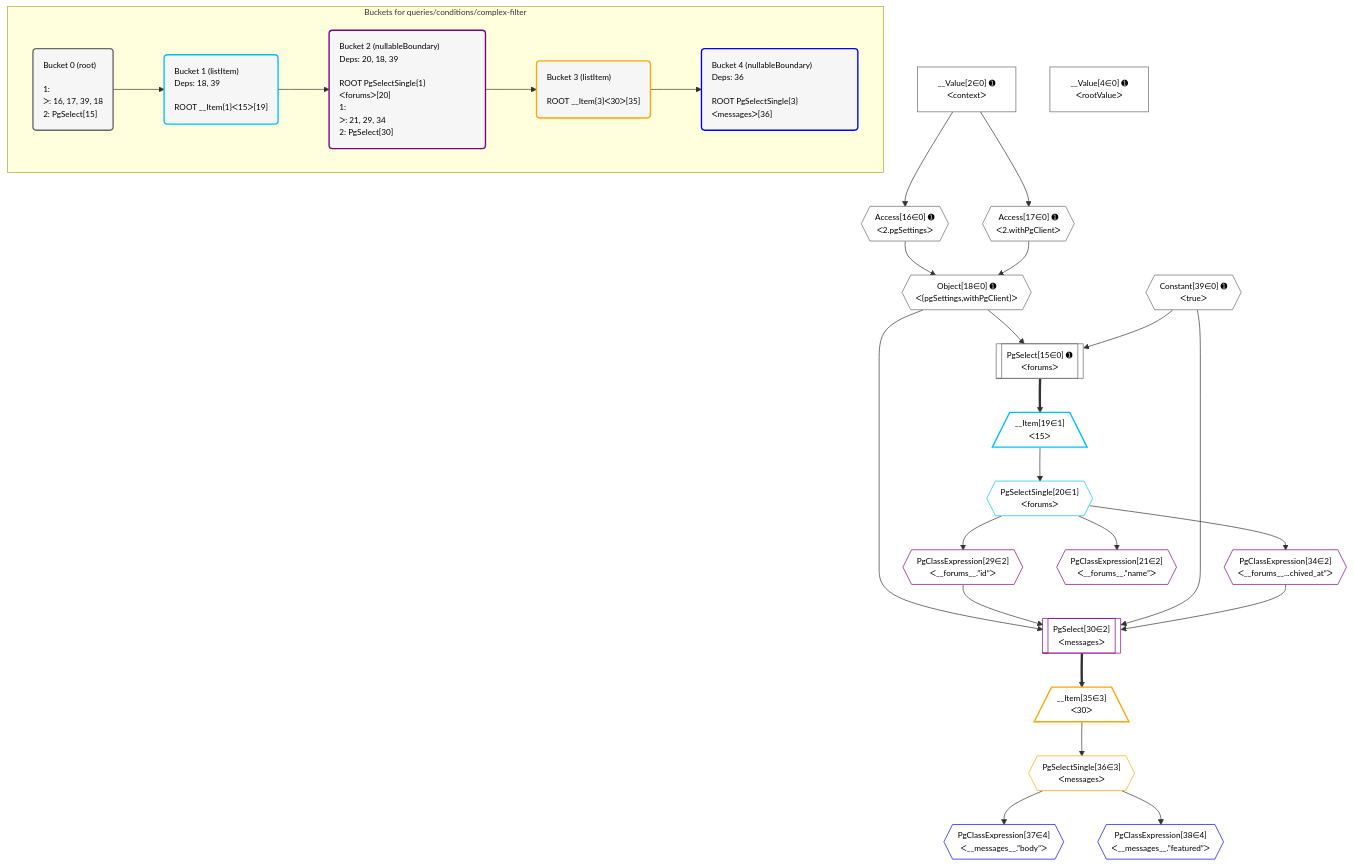
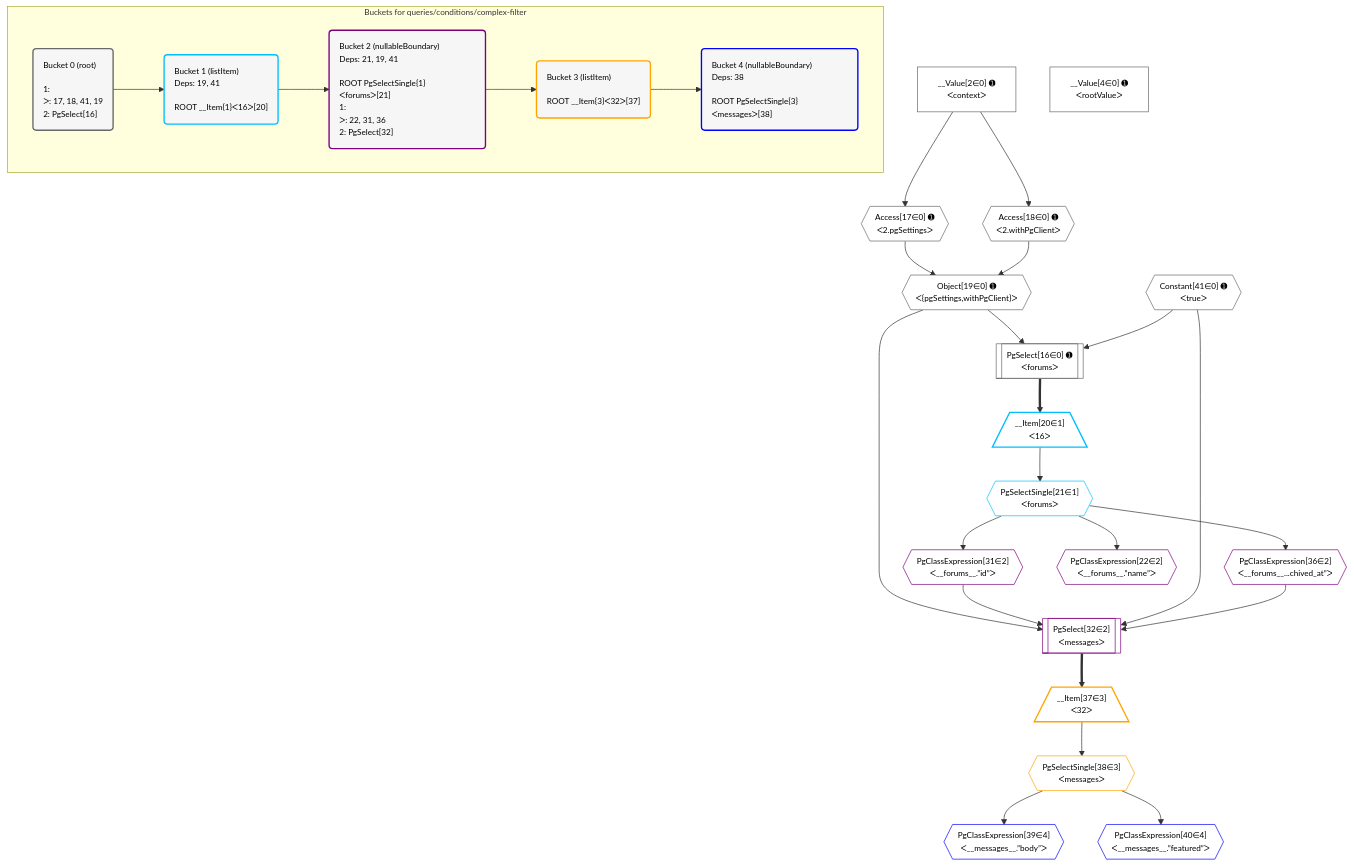
Before and after one commit to graphile/crystal: the diagram in grafast/dataplan-pg/__tests__/queries/conditions/complex-filter.deopt.mermaid, drawn with Mermaid. The commit also changed 9 other files, not shown here.

```diff
--- a/grafast/dataplan-pg/__tests__/queries/conditions/complex-filter.deopt.mermaid
+++ b/grafast/dataplan-pg/__tests__/queries/conditions/complex-filter.deopt.mermaid
@@ -1,66 +1,66 @@
 %%{init: {'themeVariables': { 'fontSize': '12px'}}}%%
 graph TD
     classDef path fill:#eee,stroke:#000,color:#000
     classDef plan fill:#fff,stroke-width:1px,color:#000
     classDef itemplan fill:#fff,stroke-width:2px,color:#000
     classDef unbatchedplan fill:#dff,stroke-width:1px,color:#000
     classDef sideeffectplan fill:#fcc,stroke-width:2px,color:#000
     classDef bucket fill:#f6f6f6,color:#000,stroke-width:2px,text-align:left
 
 
     %% plan dependencies
-    PgSelect15[["PgSelect[15∈0] ➊<br />ᐸforumsᐳ"]]:::plan
-    Object18{{"Object[18∈0] ➊<br />ᐸ{pgSettings,withPgClient}ᐳ"}}:::plan
-    Constant39{{"Constant[39∈0] ➊<br />ᐸtrueᐳ"}}:::plan
-    Object18 & Constant39 --> PgSelect15
-    Access16{{"Access[16∈0] ➊<br />ᐸ2.pgSettingsᐳ"}}:::plan
-    Access17{{"Access[17∈0] ➊<br />ᐸ2.withPgClientᐳ"}}:::plan
-    Access16 & Access17 --> Object18
+    PgSelect16[["PgSelect[16∈0] ➊<br />ᐸforumsᐳ"]]:::plan
+    Object19{{"Object[19∈0] ➊<br />ᐸ{pgSettings,withPgClient}ᐳ"}}:::plan
+    Constant41{{"Constant[41∈0] ➊<br />ᐸtrueᐳ"}}:::plan
+    Object19 & Constant41 --> PgSelect16
+    Access17{{"Access[17∈0] ➊<br />ᐸ2.pgSettingsᐳ"}}:::plan
+    Access18{{"Access[18∈0] ➊<br />ᐸ2.withPgClientᐳ"}}:::plan
+    Access17 & Access18 --> Object19
     __Value2["__Value[2∈0] ➊<br />ᐸcontextᐳ"]:::plan
-    __Value2 --> Access16
     __Value2 --> Access17
+    __Value2 --> Access18
     __Value4["__Value[4∈0] ➊<br />ᐸrootValueᐳ"]:::plan
-    __Item19[/"__Item[19∈1]<br />ᐸ15ᐳ"\]:::itemplan
-    PgSelect15 ==> __Item19
-    PgSelectSingle20{{"PgSelectSingle[20∈1]<br />ᐸforumsᐳ"}}:::plan
-    __Item19 --> PgSelectSingle20
-    PgSelect30[["PgSelect[30∈2]<br />ᐸmessagesᐳ"]]:::plan
-    PgClassExpression29{{"PgClassExpression[29∈2]<br />ᐸ__forums__.”id”ᐳ"}}:::plan
-    PgClassExpression34{{"PgClassExpression[34∈2]<br />ᐸ__forums__...chived_at”ᐳ"}}:::plan
-    Object18 & PgClassExpression29 & Constant39 & PgClassExpression34 --> PgSelect30
-    PgClassExpression21{{"PgClassExpression[21∈2]<br />ᐸ__forums__.”name”ᐳ"}}:::plan
-    PgSelectSingle20 --> PgClassExpression21
-    PgSelectSingle20 --> PgClassExpression29
-    PgSelectSingle20 --> PgClassExpression34
-    __Item35[/"__Item[35∈3]<br />ᐸ30ᐳ"\]:::itemplan
-    PgSelect30 ==> __Item35
-    PgSelectSingle36{{"PgSelectSingle[36∈3]<br />ᐸmessagesᐳ"}}:::plan
-    __Item35 --> PgSelectSingle36
-    PgClassExpression37{{"PgClassExpression[37∈4]<br />ᐸ__messages__.”body”ᐳ"}}:::plan
-    PgSelectSingle36 --> PgClassExpression37
-    PgClassExpression38{{"PgClassExpression[38∈4]<br />ᐸ__messages__.”featured”ᐳ"}}:::plan
-    PgSelectSingle36 --> PgClassExpression38
+    __Item20[/"__Item[20∈1]<br />ᐸ16ᐳ"\]:::itemplan
+    PgSelect16 ==> __Item20
+    PgSelectSingle21{{"PgSelectSingle[21∈1]<br />ᐸforumsᐳ"}}:::plan
+    __Item20 --> PgSelectSingle21
+    PgSelect32[["PgSelect[32∈2]<br />ᐸmessagesᐳ"]]:::plan
+    PgClassExpression31{{"PgClassExpression[31∈2]<br />ᐸ__forums__.”id”ᐳ"}}:::plan
+    PgClassExpression36{{"PgClassExpression[36∈2]<br />ᐸ__forums__...chived_at”ᐳ"}}:::plan
+    Object19 & PgClassExpression31 & Constant41 & PgClassExpression36 --> PgSelect32
+    PgClassExpression22{{"PgClassExpression[22∈2]<br />ᐸ__forums__.”name”ᐳ"}}:::plan
+    PgSelectSingle21 --> PgClassExpression22
+    PgSelectSingle21 --> PgClassExpression31
+    PgSelectSingle21 --> PgClassExpression36
+    __Item37[/"__Item[37∈3]<br />ᐸ32ᐳ"\]:::itemplan
+    PgSelect32 ==> __Item37
+    PgSelectSingle38{{"PgSelectSingle[38∈3]<br />ᐸmessagesᐳ"}}:::plan
+    __Item37 --> PgSelectSingle38
+    PgClassExpression39{{"PgClassExpression[39∈4]<br />ᐸ__messages__.”body”ᐳ"}}:::plan
+    PgSelectSingle38 --> PgClassExpression39
+    PgClassExpression40{{"PgClassExpression[40∈4]<br />ᐸ__messages__.”featured”ᐳ"}}:::plan
+    PgSelectSingle38 --> PgClassExpression40
 
     %% define steps
 
     subgraph "Buckets for queries/conditions/complex-filter"
-    Bucket0("Bucket 0 (root)<br /><br />1: <br />ᐳ: 16, 17, 39, 18<br />2: PgSelect[15]"):::bucket
+    Bucket0("Bucket 0 (root)<br /><br />1: <br />ᐳ: 17, 18, 41, 19<br />2: PgSelect[16]"):::bucket
     classDef bucket0 stroke:#696969
-    class Bucket0,__Value2,__Value4,PgSelect15,Access16,Access17,Object18,Constant39 bucket0
-    Bucket1("Bucket 1 (listItem)<br />Deps: 18, 39<br /><br />ROOT __Item{1}ᐸ15ᐳ[19]"):::bucket
+    class Bucket0,__Value2,__Value4,PgSelect16,Access17,Access18,Object19,Constant41 bucket0
+    Bucket1("Bucket 1 (listItem)<br />Deps: 19, 41<br /><br />ROOT __Item{1}ᐸ16ᐳ[20]"):::bucket
     classDef bucket1 stroke:#00bfff
-    class Bucket1,__Item19,PgSelectSingle20 bucket1
-    Bucket2("Bucket 2 (nullableBoundary)<br />Deps: 20, 18, 39<br /><br />ROOT PgSelectSingle{1}ᐸforumsᐳ[20]<br />1: <br />ᐳ: 21, 29, 34<br />2: PgSelect[30]"):::bucket
+    class Bucket1,__Item20,PgSelectSingle21 bucket1
+    Bucket2("Bucket 2 (nullableBoundary)<br />Deps: 21, 19, 41<br /><br />ROOT PgSelectSingle{1}ᐸforumsᐳ[21]<br />1: <br />ᐳ: 22, 31, 36<br />2: PgSelect[32]"):::bucket
     classDef bucket2 stroke:#7f007f
-    class Bucket2,PgClassExpression21,PgClassExpression29,PgSelect30,PgClassExpression34 bucket2
-    Bucket3("Bucket 3 (listItem)<br /><br />ROOT __Item{3}ᐸ30ᐳ[35]"):::bucket
+    class Bucket2,PgClassExpression22,PgClassExpression31,PgSelect32,PgClassExpression36 bucket2
+    Bucket3("Bucket 3 (listItem)<br /><br />ROOT __Item{3}ᐸ32ᐳ[37]"):::bucket
     classDef bucket3 stroke:#ffa500
-    class Bucket3,__Item35,PgSelectSingle36 bucket3
-    Bucket4("Bucket 4 (nullableBoundary)<br />Deps: 36<br /><br />ROOT PgSelectSingle{3}ᐸmessagesᐳ[36]"):::bucket
+    class Bucket3,__Item37,PgSelectSingle38 bucket3
+    Bucket4("Bucket 4 (nullableBoundary)<br />Deps: 38<br /><br />ROOT PgSelectSingle{3}ᐸmessagesᐳ[38]"):::bucket
     classDef bucket4 stroke:#0000ff
-    class Bucket4,PgClassExpression37,PgClassExpression38 bucket4
+    class Bucket4,PgClassExpression39,PgClassExpression40 bucket4
     Bucket0 --> Bucket1
     Bucket1 --> Bucket2
     Bucket2 --> Bucket3
     Bucket3 --> Bucket4
     end
```
